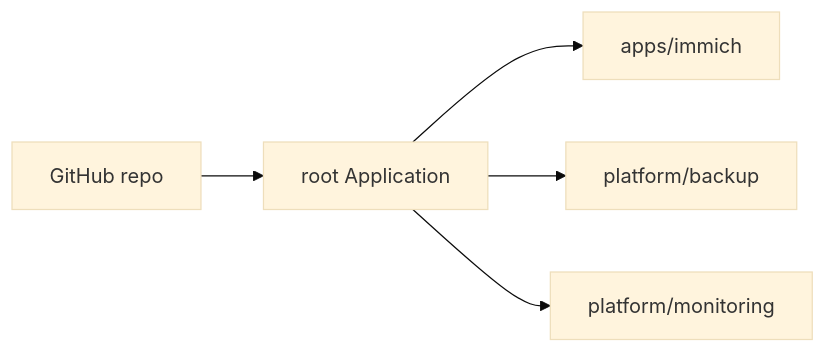
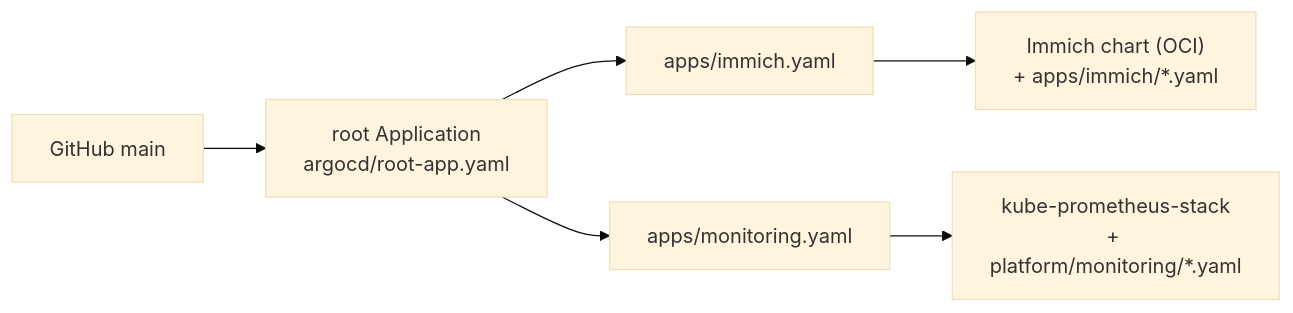
The diagram in argocd/README.md (rupeshofficedata/homelab), drawn with Mermaid (base theme) before and after one commit. The commit also changed other lines of this file and 10 other files, not shown here.

````diff
--- a/argocd/README.md
+++ b/argocd/README.md
@@ -7,5 +7,7 @@
 ```mermaid
 flowchart LR
-  git[GitHub repo] --> root[root Application]
-  root --> a1[apps/immich] & a2[platform/backup] & a3[platform/monitoring]
+  git["GitHub main"] --> root["root Application<br/>argocd/root-app.yaml"]
+  root --> imm["apps/immich.yaml"] & mon["apps/monitoring.yaml"]
+  imm --> c1["Immich chart (OCI)<br/>+ apps/immich/*.yaml"]
+  mon --> c2["kube-prometheus-stack<br/>+ platform/monitoring/*.yaml"]
 ```
````
